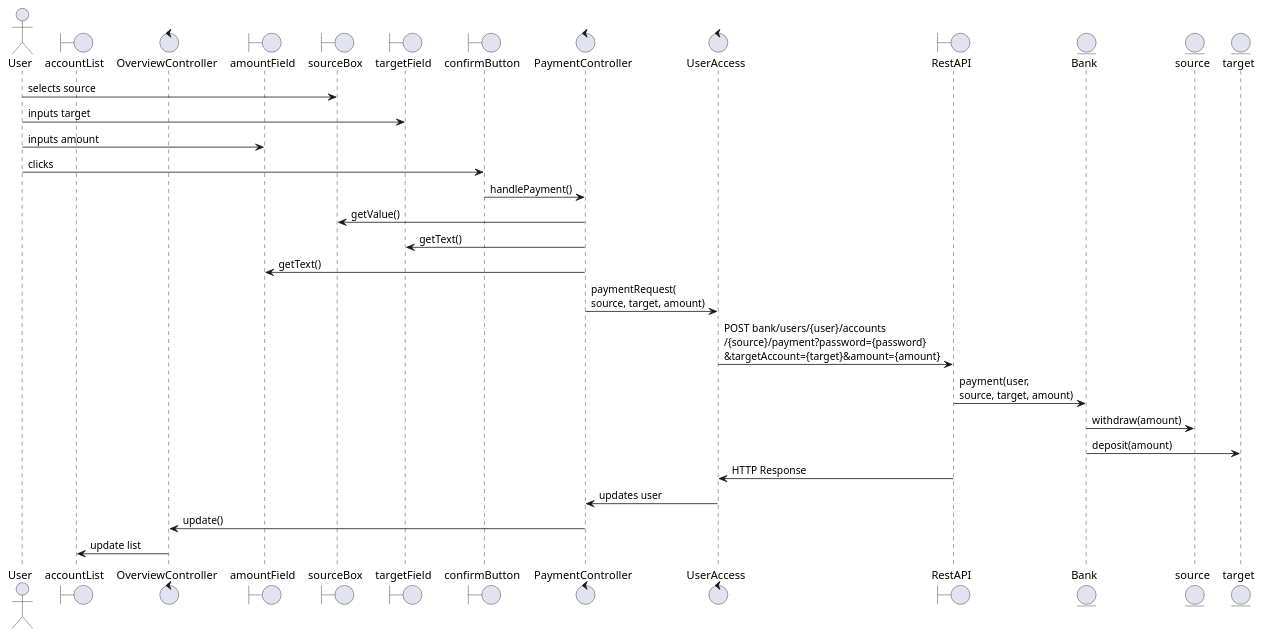
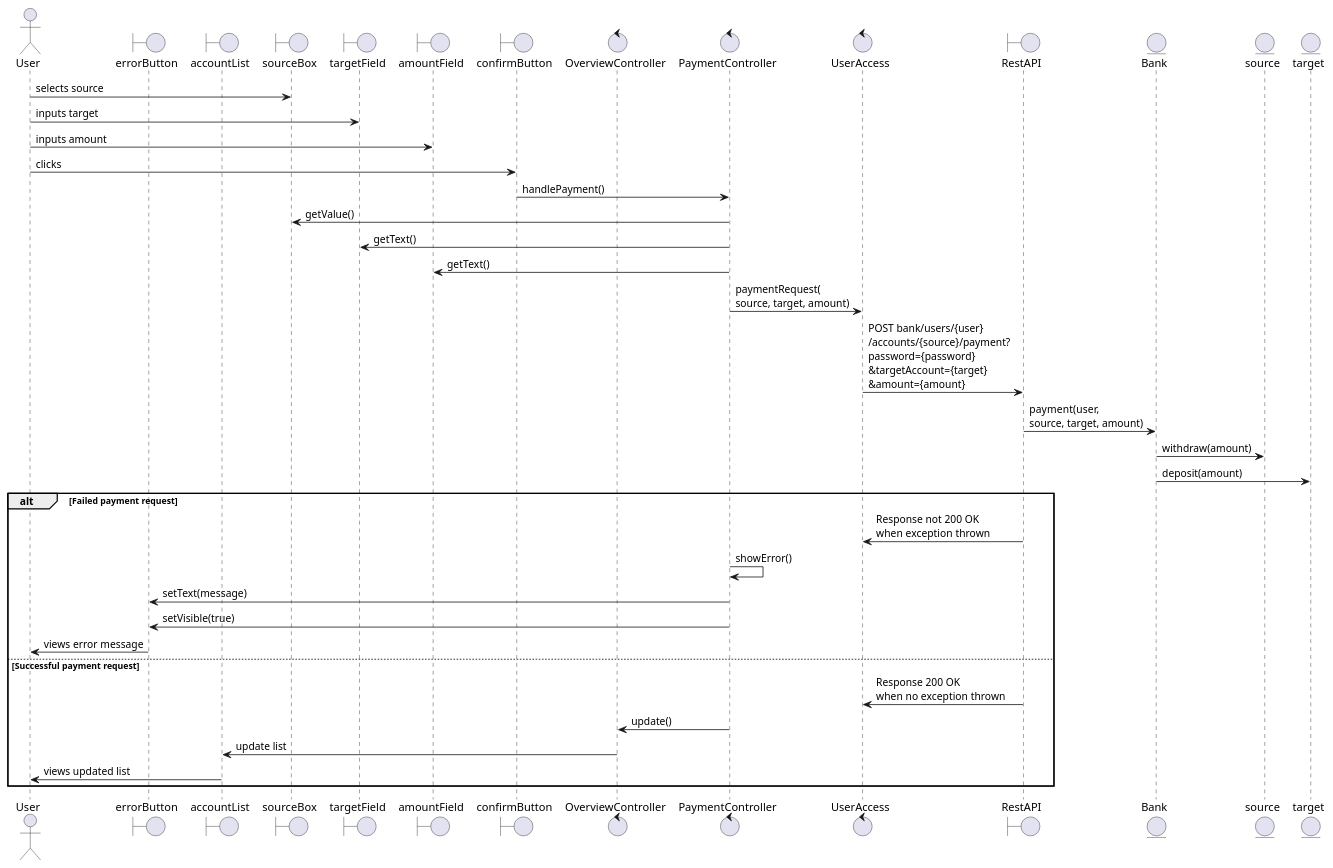
The diagram in diagrams/puml/payment.puml (aimarchirico/bankfx), drawn with PlantUML before and after one commit.

Commit message:
docs(diagrams): add puml file of updated sequence diagram
Added puml file of updated sequence diagram.

Co-authored by: Felix

```diff
--- a/diagrams/puml/payment.puml
+++ b/diagrams/puml/payment.puml
@@ -1,34 +1,45 @@
 @startuml payment
 actor User
+boundary errorButton
 boundary accountList
-control OverviewController
-boundary amountField
 boundary sourceBox
 boundary targetField
+boundary amountField
 boundary confirmButton
+control OverviewController
 control PaymentController
 control UserAccess
 boundary RestAPI
 entity Bank
 entity source
 entity target
 
 User -> sourceBox : selects source
 User -> targetField : inputs target
 User -> amountField : inputs amount
 User -> confirmButton : clicks
 
 confirmButton -> PaymentController : handlePayment()
 PaymentController -> sourceBox : getValue()
 PaymentController -> targetField : getText()
 PaymentController -> amountField : getText()
 PaymentController -> UserAccess : paymentRequest(\nsource, target, amount)
-UserAccess -> RestAPI : POST bank/users/{user}/accounts\n/{source}/payment?password={password}\n&targetAccount={target}&amount={amount}
+UserAccess -> RestAPI : POST bank/users/{user}\n/accounts/{source}/payment?\npassword={password}\n&targetAccount={target}\n&amount={amount}
 RestAPI -> Bank: payment(user, \nsource, target, amount)
 Bank -> source : withdraw(amount)
 Bank -> target : deposit(amount)
-RestAPI -> UserAccess : HTTP Response
-UserAccess -> PaymentController : updates user
-PaymentController -> OverviewController : update()
-OverviewController -> accountList : update list
+
+alt Failed payment request
+    RestAPI -> UserAccess : Response not 200 OK\nwhen exception thrown
+    PaymentController -> PaymentController: showError()
+    PaymentController -> errorButton: setText(message)
+    PaymentController -> errorButton: setVisible(true)
+    errorButton -> User : views error message
+else Successful payment request
+    RestAPI -> UserAccess : Response 200 OK\nwhen no exception thrown
+    PaymentController -> OverviewController : update()
+    OverviewController -> accountList : update list
+    accountList -> User : views updated list
+    
+end
 @enduml
```
